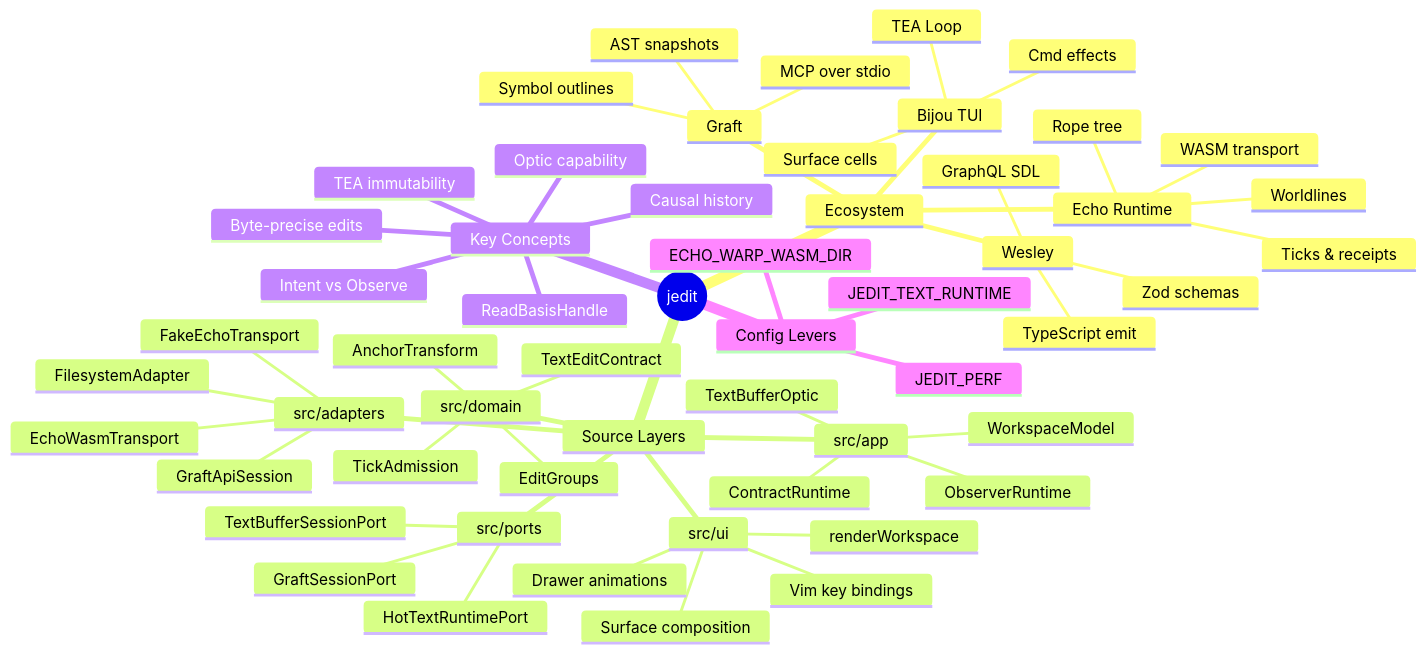
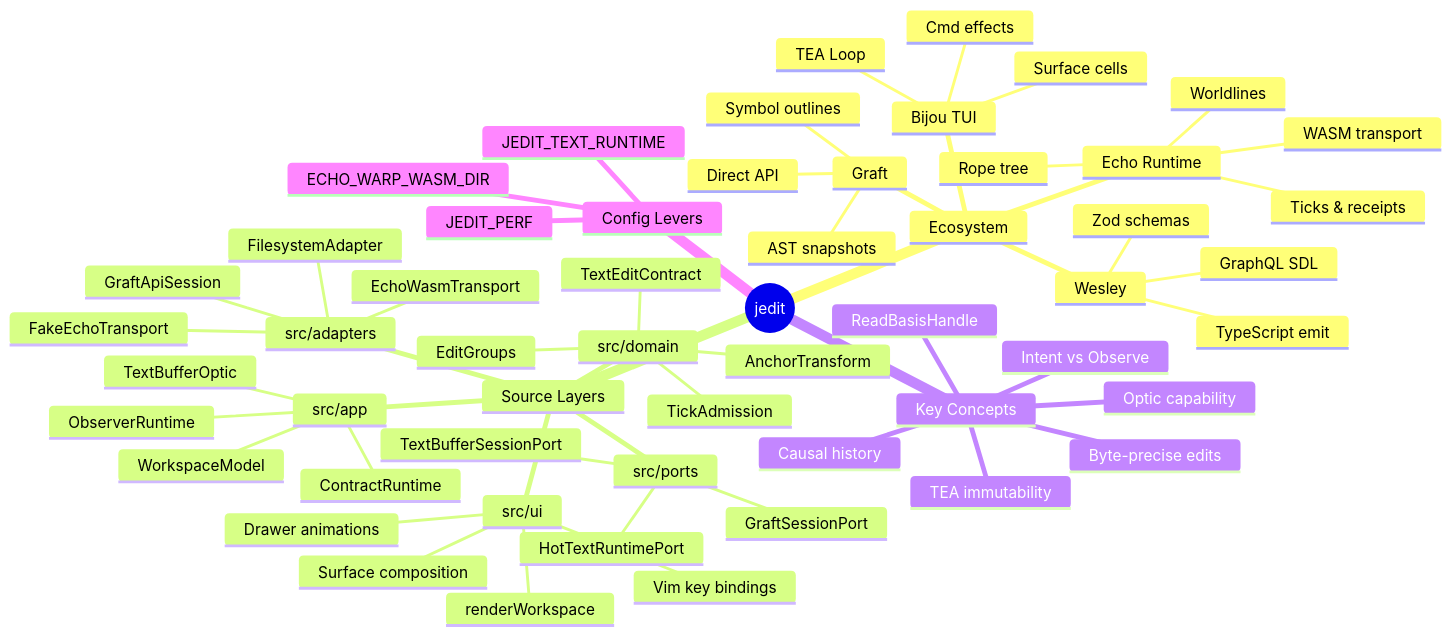
The first of 21 diagrams in docs/technical-teardown.md (flyingrobots/jedit), drawn with Mermaid before and after one commit. The commit also changed other lines of this file and 51 other files, not shown here.

````diff
--- a/docs/technical-teardown.md
+++ b/docs/technical-teardown.md
@@ -43,58 +43,58 @@
 ```mermaid
 mindmap
   root((jedit))
     Ecosystem
       Bijou TUI
         TEA Loop
         Surface cells
         Cmd effects
       Echo Runtime
         Worldlines
         Rope tree
         Ticks & receipts
         WASM transport
       Graft
-        MCP over stdio
+        Direct API
         AST snapshots
         Symbol outlines
       Wesley
         GraphQL SDL
         TypeScript emit
         Zod schemas
     Source Layers
       src/domain
         TextEditContract
         TickAdmission
         EditGroups
         AnchorTransform
       src/app
         WorkspaceModel
         TextBufferOptic
         ObserverRuntime
         ContractRuntime
       src/ports
         HotTextRuntimePort
         TextBufferSessionPort
         GraftSessionPort
       src/adapters
         FakeEchoTransport
         EchoWasmTransport
         FilesystemAdapter
         GraftApiSession
       src/ui
         renderWorkspace
         Vim key bindings
         Surface composition
         Drawer animations
     Key Concepts
       TEA immutability
       Byte-precise edits
       Optic capability
       ReadBasisHandle
       Intent vs Observe
       Causal history
     Config Levers
       JEDIT_TEXT_RUNTIME
       JEDIT_PERF
       ECHO_WARP_WASM_DIR
 ```
````
